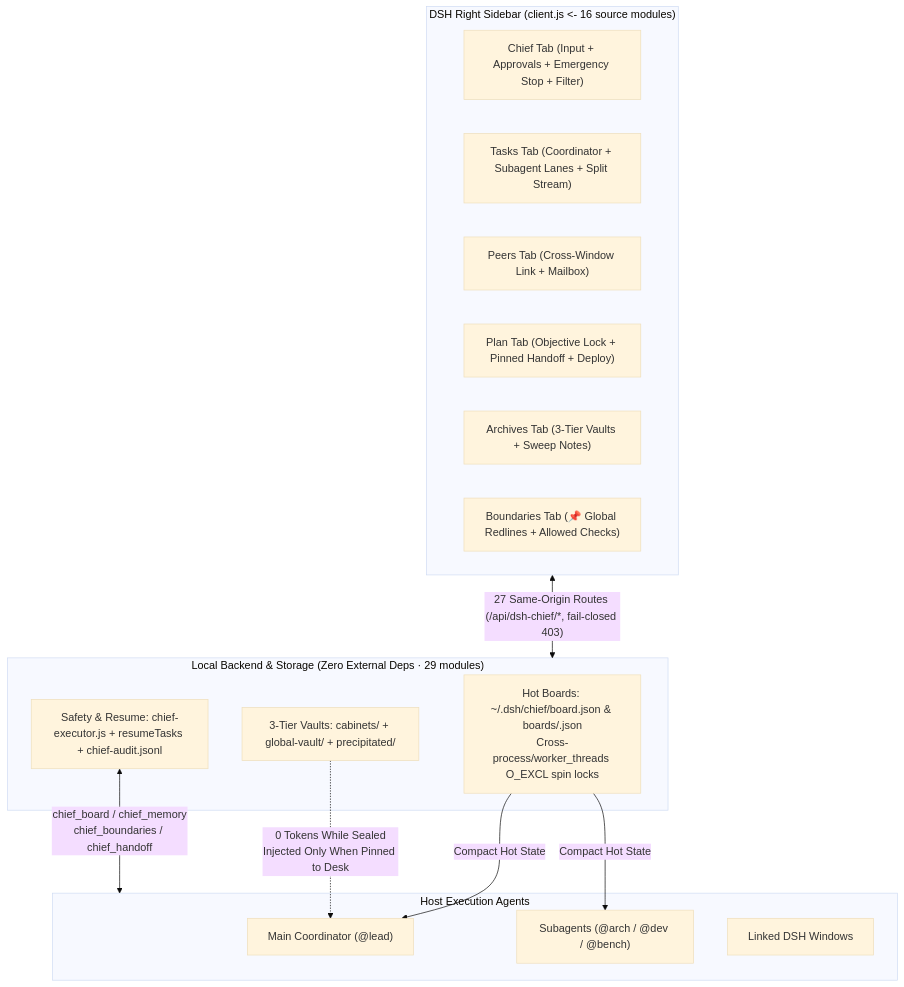
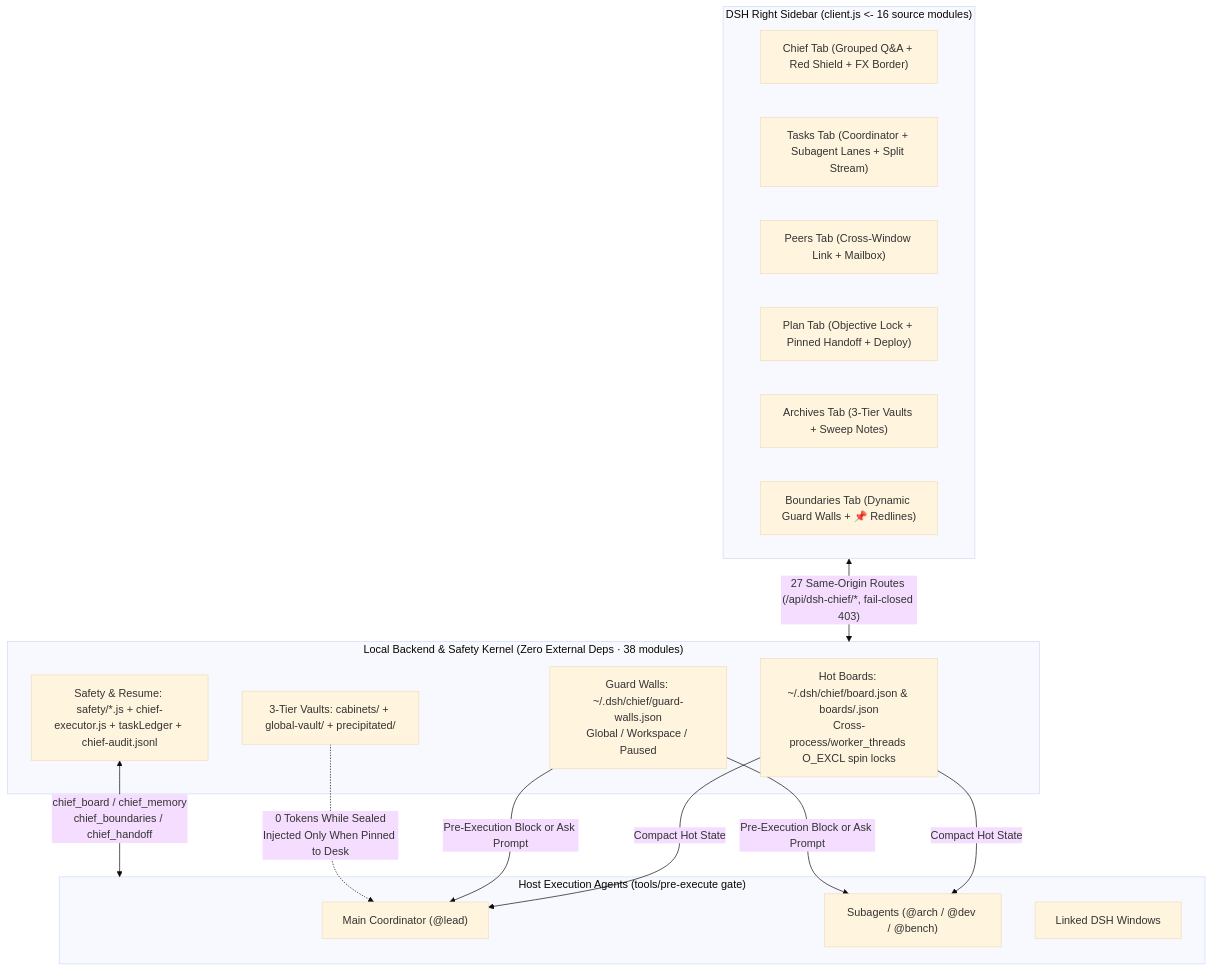
Before and after one commit to gluztm/dsh-chief: the diagram in README.en.md, drawn with Mermaid (base theme). The commit also changed other lines of this file and 43 other files, not shown here.

First line of the commit message:
release: v1.4.0 pre-execute guard walls, safety kernel & lazy chief delegation

````diff
--- a/README.en.md
+++ b/README.en.md
@@ -157,29 +159,32 @@
 ```mermaid
 flowchart TB
   subgraph UI["DSH Right Sidebar (client.js <- 16 source modules)"]
-    T1["Chief Tab (Input + Approvals + Emergency Stop + Filter)"]
+    T1["Chief Tab (Grouped Q&A + Red Shield + FX Border)"]
     T2["Tasks Tab (Coordinator + Subagent Lanes + Split Stream)"]
     T3["Peers Tab (Cross-Window Link + Mailbox)"]
     T4["Plan Tab (Objective Lock + Pinned Handoff + Deploy)"]
     T5["Archives Tab (3-Tier Vaults + Sweep Notes)"]
-    T6["Boundaries Tab (📌 Global Redlines + Allowed Checks)"]
+    T6["Boundaries Tab (Dynamic Guard Walls + 📌 Redlines)"]
   end
 
-  subgraph Core["Local Backend & Storage (Zero External Deps · 29 modules)"]
+  subgraph Core["Local Backend & Safety Kernel (Zero External Deps · 38 modules)"]
     Hot["Hot Boards: ~/.dsh/chief/board.json & boards/<sid>.json\nCross-process/worker_threads O_EXCL spin locks"]
+    Walls["Guard Walls: ~/.dsh/chief/guard-walls.json\nGlobal / Workspace / Paused"]
     Cold["3-Tier Vaults: cabinets/ + global-vault/ + precipitated/"]
-    Bus["Safety & Resume: chief-executor.js + resumeTasks + chief-audit.jsonl"]
+    Bus["Safety & Resume: safety/*.js + chief-executor.js + taskLedger + chief-audit.jsonl"]
   end
 
-  subgraph Agents["Host Execution Agents"]
+  subgraph Agents["Host Execution Agents (tools/pre-execute gate)"]
     Lead["Main Coordinator (@lead)"]
     Subs["Subagents (@arch / @dev / @bench)"]
     Peers["Linked DSH Windows"]
   end
 
   UI <-->|"27 Same-Origin Routes (/api/dsh-chief/*, fail-closed 403)"| Core
   Hot -->|"Compact Hot State"| Lead
   Hot -->|"Compact Hot State"| Subs
+  Walls -->|"Pre-Execution Block or Ask Prompt"| Lead
+  Walls -->|"Pre-Execution Block or Ask Prompt"| Subs
   Cold -.->|"0 Tokens While Sealed\nInjected Only When Pinned to Desk"| Lead
   Bus <-->|"chief_board / chief_memory\nchief_boundaries / chief_handoff"| Agents
 ```
````
